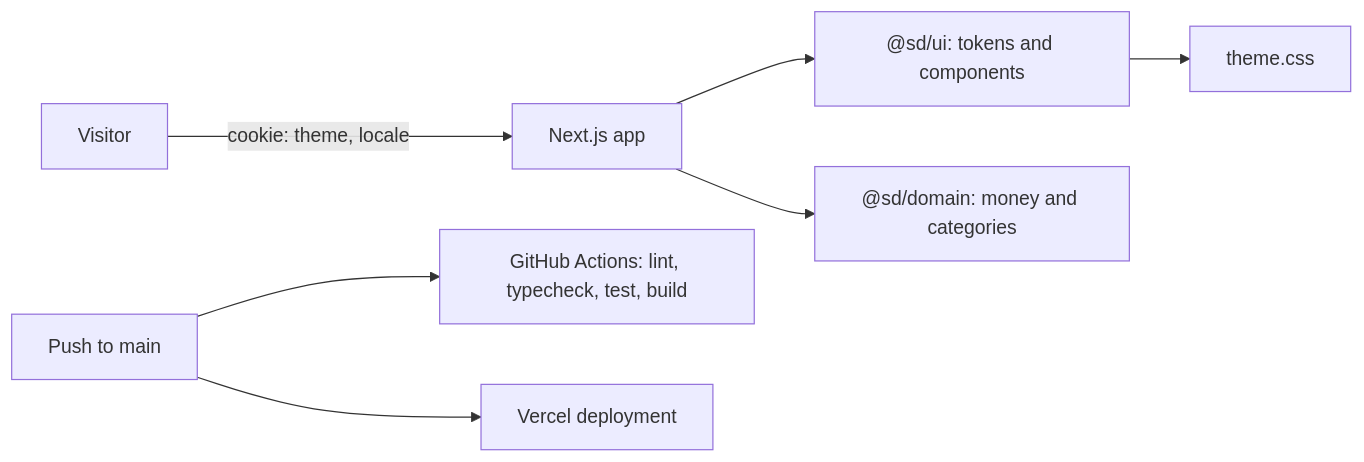
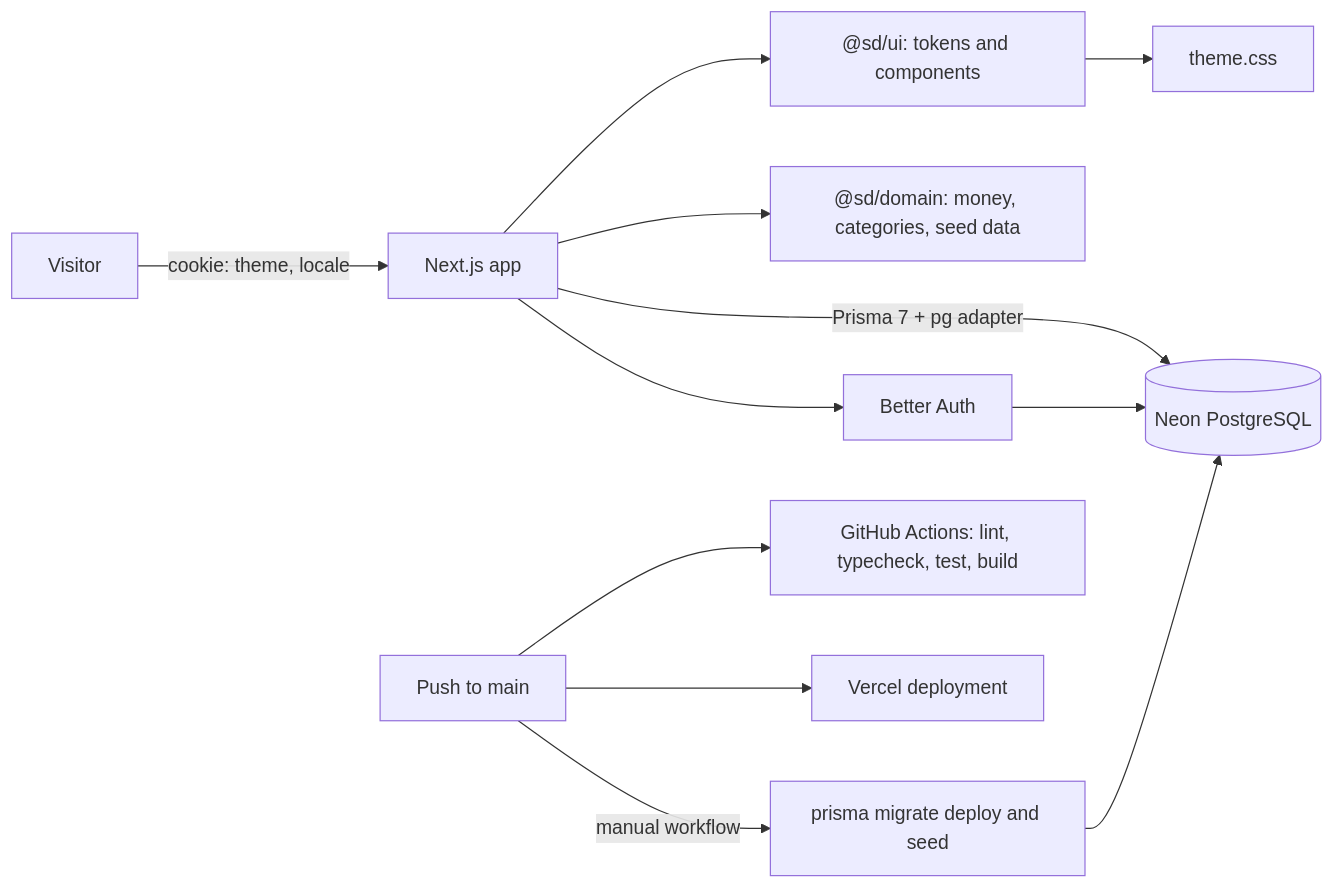
One commit to ibrahimSumon47/sawdagar-dokanpart changed the diagram in ARCHITECTURE.md. Above: the diagram before and after it, drawn with Mermaid. The commit also changed other lines of this file and 22 other files, not shown here.

````diff
--- a/ARCHITECTURE.md
+++ b/ARCHITECTURE.md
@@ -11,9 +11,14 @@
 ```mermaid
 flowchart LR
   Visitor -->|cookie: theme, locale| Web[Next.js app]
   Web --> UI["@sd/ui: tokens and components"]
-  Web --> Domain["@sd/domain: money and categories"]
+  Web --> Domain["@sd/domain: money, categories, seed data"]
+  Web -->|Prisma 7 + pg adapter| Neon[(Neon PostgreSQL)]
+  Web --> Auth[Better Auth]
+  Auth --> Neon
   UI --> Tokens[theme.css]
   GitHub[Push to main] --> CI[GitHub Actions: lint, typecheck, test, build]
   GitHub --> Vercel[Vercel deployment]
+  GitHub -->|manual workflow| Migrations[prisma migrate deploy and seed]
+  Migrations --> Neon
 ```
````
